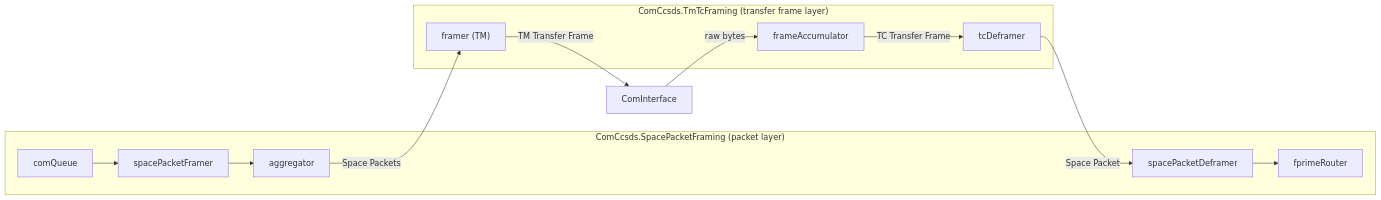
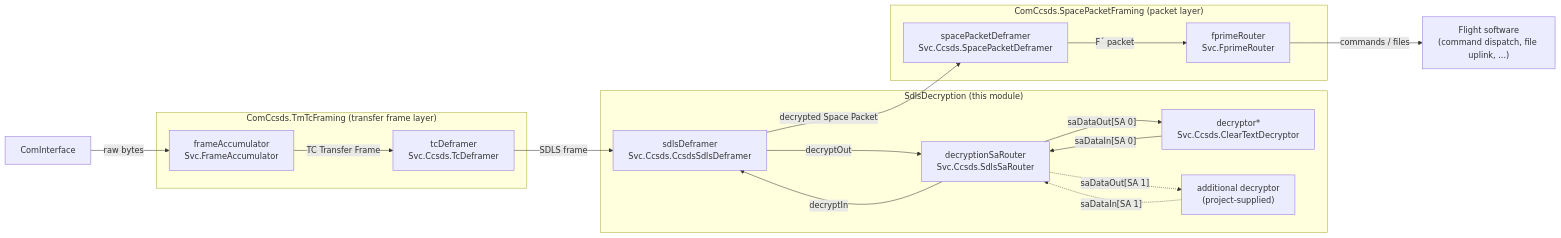
The first of 2 diagrams in Svc/Subtopologies/ComCcsdsSdls/docs/sdd.md (nasa/fprime), drawn with Mermaid before and after one commit. The commit also changed other lines of this file and 1 other file, not shown here.

Commit message:
docs: split data flow diagrams into uplink/downlink sections; show dual SA-routed crypto components

````diff
--- a/Svc/Subtopologies/ComCcsdsSdls/docs/sdd.md
+++ b/Svc/Subtopologies/ComCcsdsSdls/docs/sdd.md
@@ -63,24 +67,35 @@
 ```mermaid
 flowchart LR
-    subgraph SPF["ComCcsds.SpacePacketFraming (packet layer)"]
-        comQueue["comQueue"]
-        spacePacketFramer["spacePacketFramer"]
-        aggregator["aggregator"]
-        spacePacketDeframer["spacePacketDeframer"]
-        fprimeRouter["fprimeRouter"]
+    subgraph TMTC["ComCcsds.TmTcFraming (transfer frame layer)"]
+        frameAccumulator["frameAccumulator<br>Svc.FrameAccumulator"]
+        tcDeframer["tcDeframer<br>Svc.Ccsds.TcDeframer"]
     end
 
-    subgraph TMTC["ComCcsds.TmTcFraming (transfer frame layer)"]
-        framer["framer (TM)"]
-        frameAccumulator["frameAccumulator"]
-        tcDeframer["tcDeframer"]
+    subgraph DEC["SdlsDecryption (this module)"]
+        sdlsDeframer["sdlsDeframer<br>Svc.Ccsds.CcsdsSdlsDeframer"]
+        decryptionSaRouter["decryptionSaRouter<br>Svc.Ccsds.SdlsSaRouter"]
+        decryptor["decryptor*<br>Svc.Ccsds.ClearTextDecryptor"]
+        decryptor2["additional decryptor<br>(project-supplied)"]
+    end
+
+    subgraph SPF["ComCcsds.SpacePacketFraming (packet layer)"]
+        spacePacketDeframer["spacePacketDeframer<br>Svc.Ccsds.SpacePacketDeframer"]
+        fprimeRouter["fprimeRouter<br>Svc.FprimeRouter"]
     end
 
     com["ComInterface"]
+    fsw["Flight software<br>(command dispatch, file uplink, ...)"]
 
-    %% Downlink
-    comQueue --> spacePacketFramer --> aggregator -->|Space Packets| framer -->|TM Transfer Frame| com
-
-    %% Uplink
-    com -->|raw bytes| frameAccumulator -->|TC Transfer Frame| tcDeframer -->|Space Packet| spacePacketDeframer --> fprimeRouter
+    com -->|raw bytes| frameAccumulator
+    frameAccumulator -->|TC Transfer Frame| tcDeframer
+    tcDeframer -->|SDLS frame| sdlsDeframer
+    sdlsDeframer -->|decryptOut| decryptionSaRouter
+    decryptionSaRouter -->|"saDataOut[SA 0]"| decryptor
+    decryptor -->|"saDataIn[SA 0]"| decryptionSaRouter
+    decryptionSaRouter -.->|"saDataOut[SA 1]"| decryptor2
+    decryptor2 -.->|"saDataIn[SA 1]"| decryptionSaRouter
+    decryptionSaRouter -->|decryptIn| sdlsDeframer
+    sdlsDeframer -->|decrypted Space Packet| spacePacketDeframer
+    spacePacketDeframer -->|F´ packet| fprimeRouter
+    fprimeRouter -->|commands / files| fsw
 ```
````
